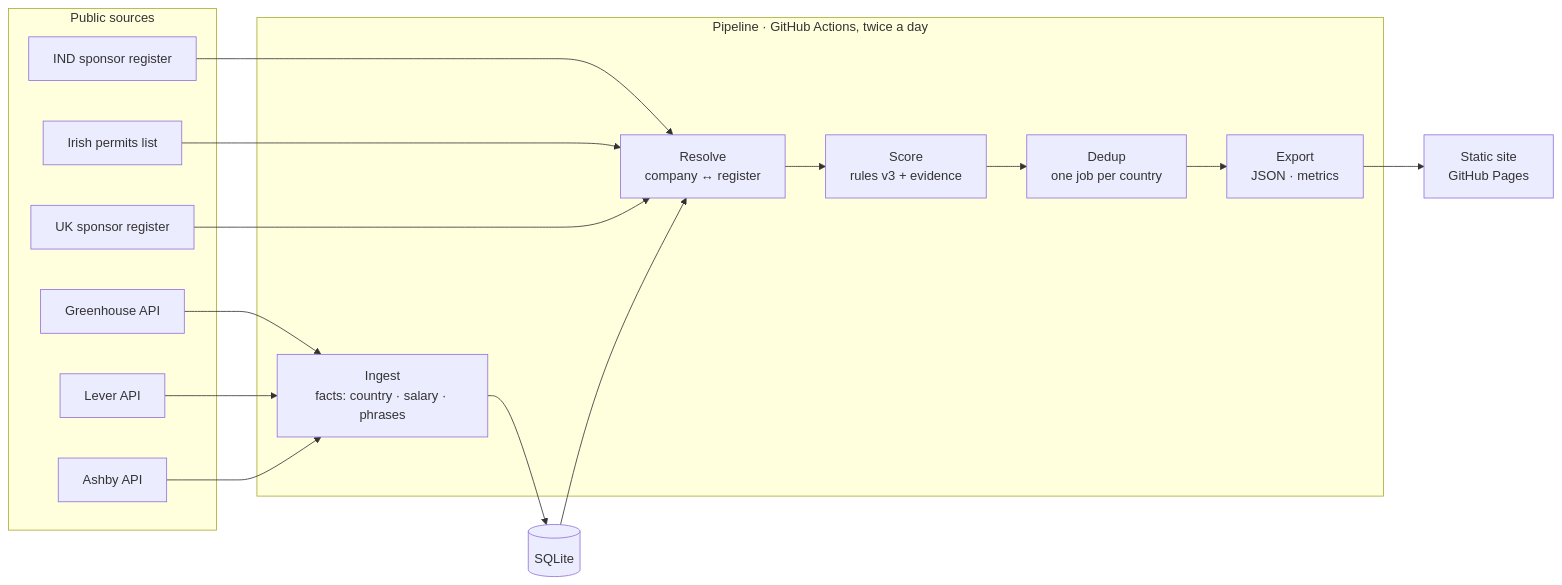
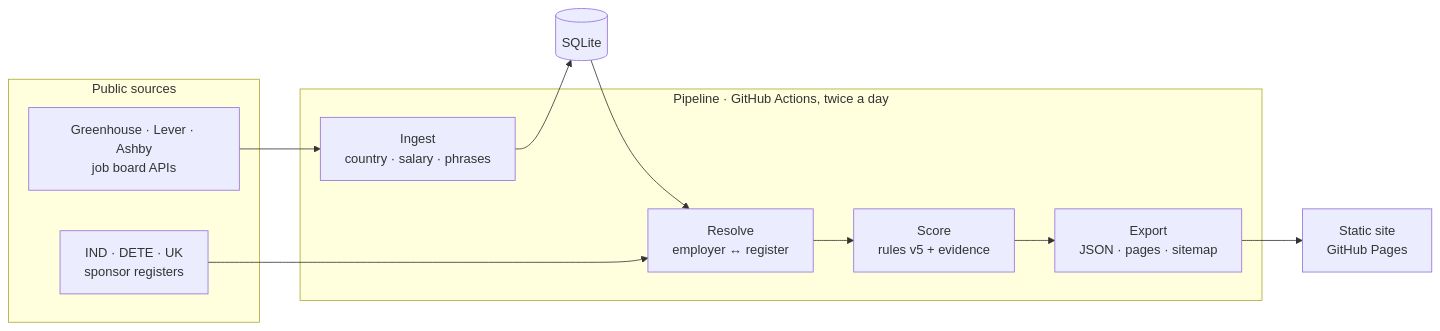
The diagram in README.md (ilker-ekin/hadijob), drawn with Mermaid before and after one commit. The commit also changed other lines of this file and 4 other files, not shown here.

Commit message:
docs: lead with the user problem; 21 countries, categories, company pages, rules v5 and new screenshots

````diff
--- a/README.md
+++ b/README.md
@@ -56,23 +68,17 @@
 ```mermaid
 flowchart LR
   subgraph Sources["Public sources"]
-    GH[Greenhouse API]
-    LV[Lever API]
-    AB[Ashby API]
-    IND[IND sponsor register]
-    DETE[Irish permits list]
-    UK[UK sponsor register]
+    ATS[Greenhouse · Lever · Ashby<br/>job board APIs]
+    REG[IND · DETE · UK<br/>sponsor registers]
   end
   subgraph Pipeline["Pipeline · GitHub Actions, twice a day"]
-    I[Ingest<br/>facts: country · salary · phrases]
-    R[Resolve<br/>company ↔ register]
-    S[Score<br/>rules v3 + evidence]
-    D[Dedup<br/>one job per country]
-    E[Export<br/>JSON · metrics]
+    I[Ingest<br/>country · salary · phrases]
+    R[Resolve<br/>employer ↔ register]
+    S[Score<br/>rules v5 + evidence]
+    E[Export<br/>JSON · pages · sitemap]
   end
   DB[(SQLite)]
   Web[Static site<br/>GitHub Pages]
-  GH & LV & AB --> I
-  IND & DETE & UK --> R
-  I --> DB --> R --> S --> D --> E --> Web
+  ATS --> I --> DB --> R --> S --> E --> Web
+  REG --> R
 ```
````
